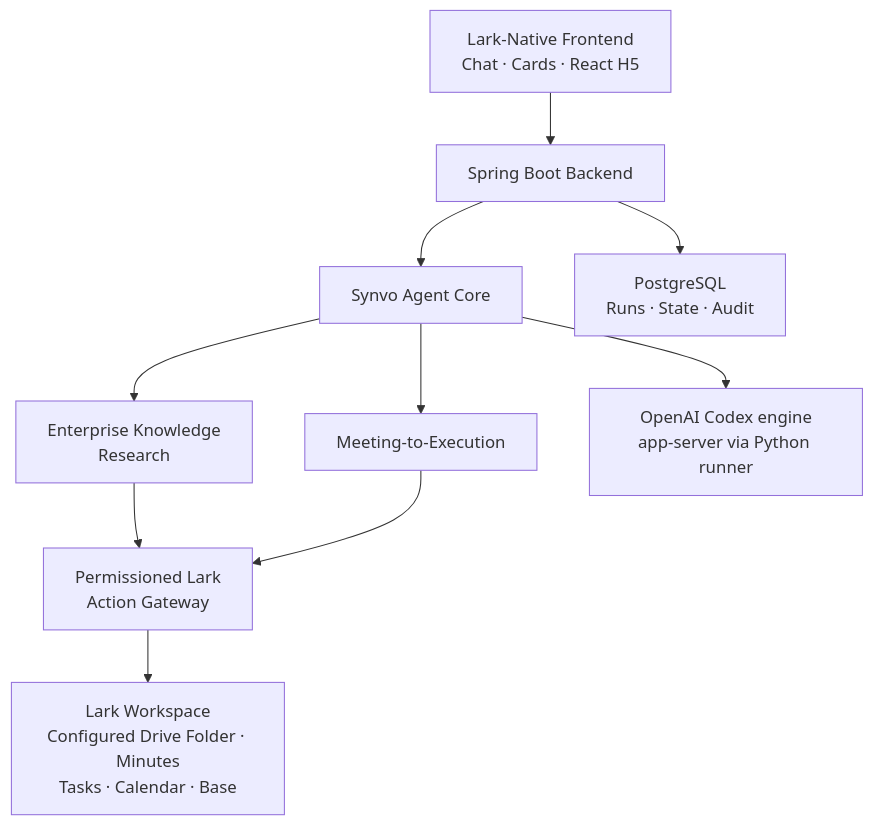
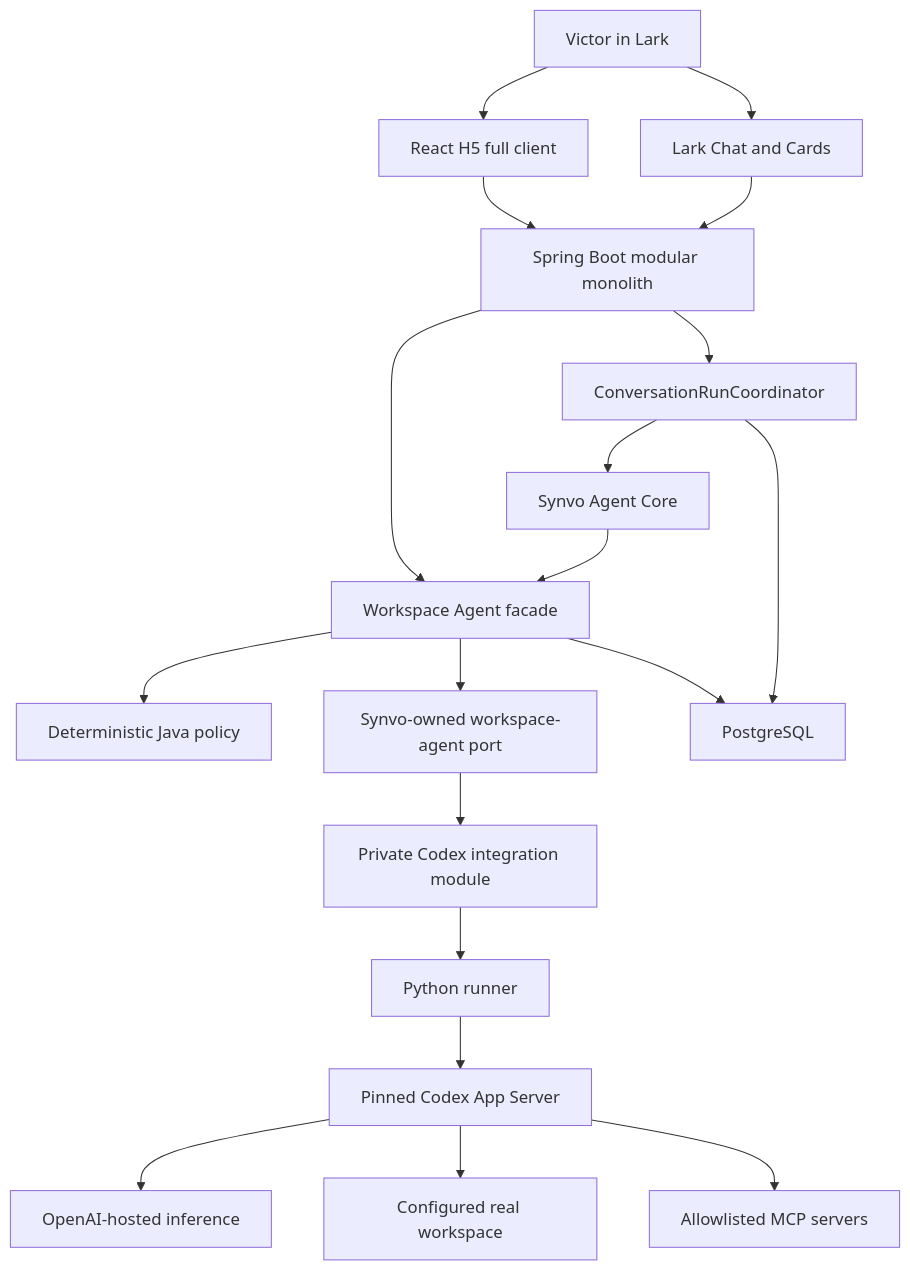
The first of 2 diagrams in docs/project-overview.md (victorhwn7255/synvo-lark-v2), drawn with Mermaid before and after one commit. The commit also changed other lines of this file and 145 other files, not shown here.

Commit message:
- integrate Codex in Lark

````diff
--- a/docs/project-overview.md
+++ b/docs/project-overview.md
@@ -125,22 +191,38 @@
 ```mermaid
 flowchart TB
-    UI["Lark-Native Frontend<br/>Chat · Cards · React H5"]
-    APP["Spring Boot Backend"]
+    USER["Victor in Lark"]
+    CHAT["Lark Chat and Cards"]
+    H5["React H5 full client"]
+    APP["Spring Boot modular monolith"]
+    CONV["ConversationRunCoordinator"]
     CORE["Synvo Agent Core"]
-    RESEARCH["Enterprise Knowledge<br/>Research"]
-    MEETING["Meeting-to-Execution"]
-    GATEWAY["Permissioned Lark<br/>Action Gateway"]
-    LARK["Lark Workspace<br/>Configured Drive Folder · Minutes<br/>Tasks · Calendar · Base"]
-    MODEL["OpenAI Codex engine<br/>app-server via Python runner"]
-    DB["PostgreSQL<br/>Runs · State · Audit"]
+    TASKS["Workspace Agent facade"]
+    POLICY["Deterministic Java policy"]
+    PORT["Synvo-owned workspace-agent port"]
+    INTEGRATION["Private Codex integration module"]
+    RUNNER["Python runner"]
+    SERVER["Pinned Codex App Server"]
+    OPENAI["OpenAI-hosted inference"]
+    WORKSPACE["Configured real workspace"]
+    MCP["Allowlisted MCP servers"]
+    DB["PostgreSQL"]
 
-    UI --> APP
-    APP --> CORE
-    CORE --> RESEARCH
-    CORE --> MEETING
-    RESEARCH --> GATEWAY
-    MEETING --> GATEWAY
-    GATEWAY --> LARK
-    CORE --> MODEL
-    APP --> DB
+    USER --> CHAT
+    USER --> H5
+    CHAT --> APP
+    H5 --> APP
+    APP --> CONV
+    CONV --> CORE
+    CORE --> TASKS
+    APP --> TASKS
+    TASKS --> POLICY
+    TASKS --> PORT
+    PORT --> INTEGRATION
+    INTEGRATION --> RUNNER
+    RUNNER --> SERVER
+    SERVER --> OPENAI
+    SERVER --> WORKSPACE
+    SERVER --> MCP
+    CONV --> DB
+    TASKS --> DB
 ```
````
